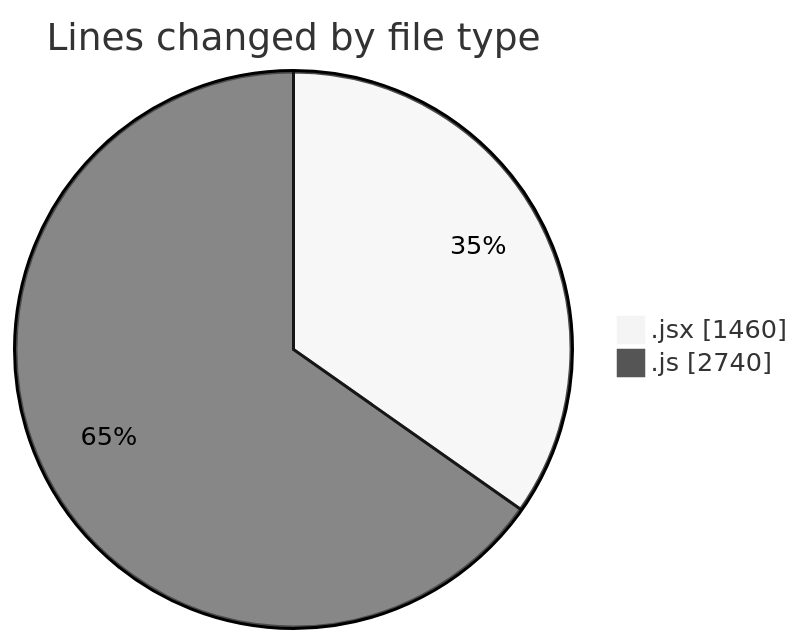
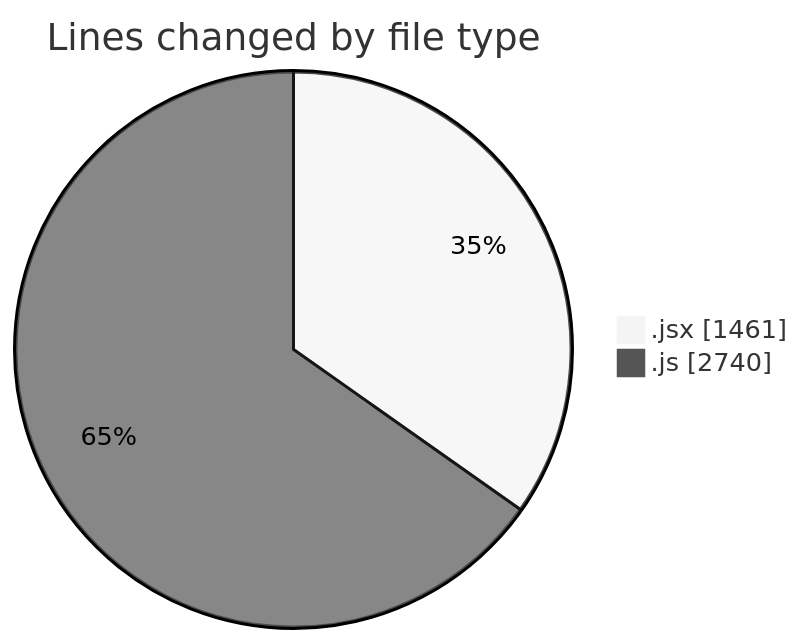
Before and after one commit to nxtqubesakshisongat/code-tracking: the first of 2 diagrams in 2025-11-07/nxtqube_webapp/README.md, drawn with Mermaid (neutral theme). The commit also changed other lines of this file and 1 other file, not shown here.

````diff
--- a/2025-11-07/nxtqube_webapp/README.md
+++ b/2025-11-07/nxtqube_webapp/README.md
@@ -25,6 +25,6 @@
 ```mermaid
 pie showData
 title Lines changed by file type
-".jsx" : 1460
+".jsx" : 1461
 ".js" : 2740
 ```
````
